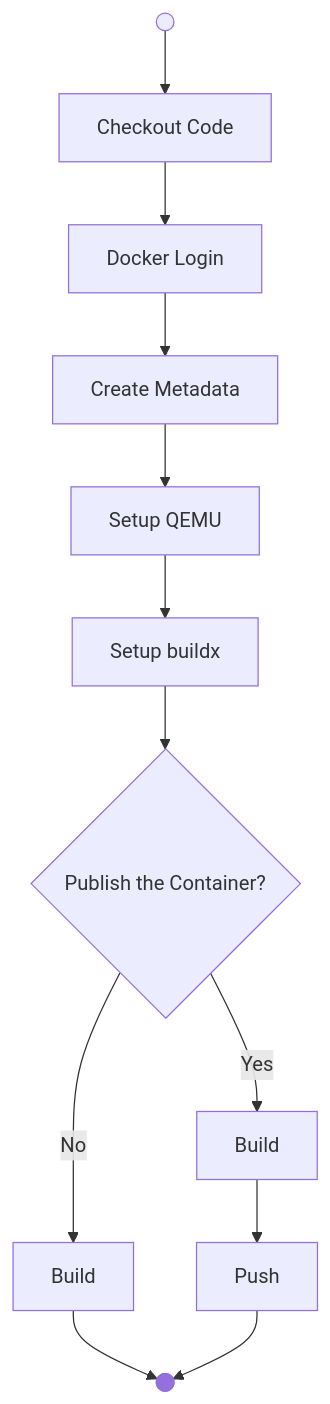
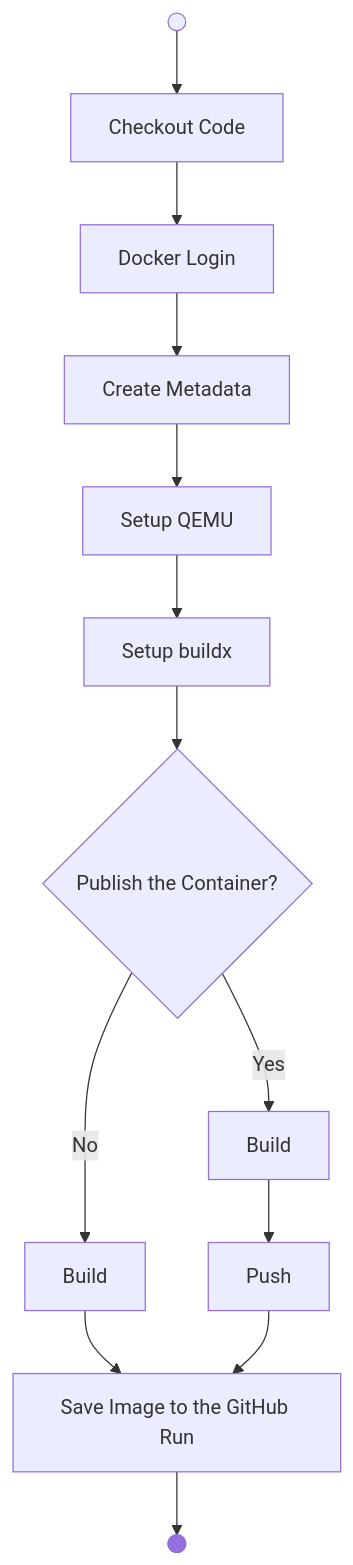
One commit to miguelanruiz/workshop-github-actions changed the diagram in docs/workshop/4-dockerized-example-project.md. Above: the diagram before and after it, drawn with Mermaid. The commit also changed other lines of this file, not shown here.

````diff
--- a/docs/workshop/4-dockerized-example-project.md
+++ b/docs/workshop/4-dockerized-example-project.md
@@ -84,18 +84,20 @@
 ```mermaid
 flowchart TD
     D["Checkout Code"] --> n5["Docker Login"]
     n6["Small Circle"] --> D
     n5 --> n7["Create Metadata"]
     n7 --> n8["Setup QEMU"]
     n8 --> n9["Setup buildx"]
     n9 --> n10["Publish the Container?"]
     n10 -- Yes --> n11["Build"]
     n10 -- No --> n13["Build"]
     n11 --> n12["Push"]
-    n13 --> n14["Filled Circle"]
-    n12 --> n14
+    n13 --> n15["Save Image to the GitHub Run"]
+    n15 --> n14["Filled Circle"]
+    n12 --> n15
 
     n6@{ shape: sm-circ}
     n10@{ shape: diam}
     n14@{ shape: f-circ}
+
 ```
````
